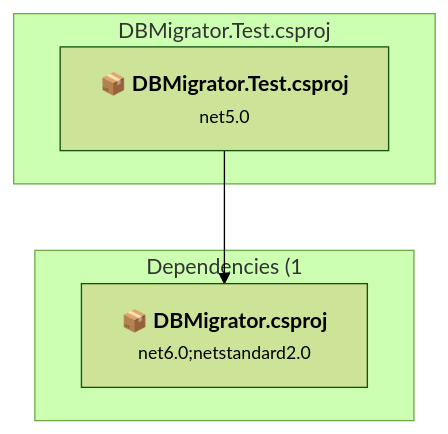
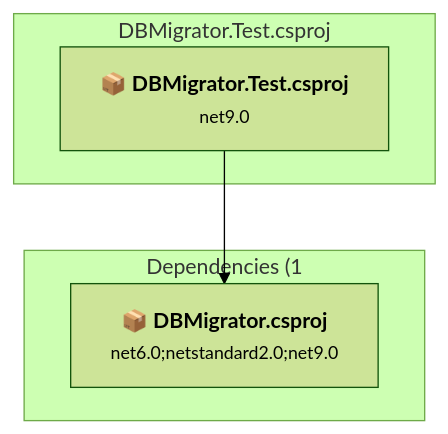
Before and after one commit to Hviid/DBMigrator: the fifth of 7 diagrams in .github/upgrades/assessment.md, drawn with Mermaid (forest theme). The commit also changed other lines of this file and 7 other files, not shown here.

````diff
--- a/.github/upgrades/assessment.md
+++ b/.github/upgrades/assessment.md
@@ -105,13 +212,13 @@
 ```mermaid
 flowchart TB
     subgraph current["DBMigrator.Test.csproj"]
-        MAIN["<b>📦&nbsp;DBMigrator.Test.csproj</b><br/><small>net5.0</small>"]
+        MAIN["<b>📦&nbsp;DBMigrator.Test.csproj</b><br/><small>net9.0</small>"]
         click MAIN "#dbmigratortestdbmigratortestcsproj"
     end
     subgraph downstream["Dependencies (1"]
-        P2["<b>📦&nbsp;DBMigrator.csproj</b><br/><small>net6.0;netstandard2.0</small>"]
+        P2["<b>📦&nbsp;DBMigrator.csproj</b><br/><small>net6.0;netstandard2.0;net9.0</small>"]
         click P2 "#dbmigratordbmigratorcsproj"
     end
     MAIN --> P2
 
 ```
````
